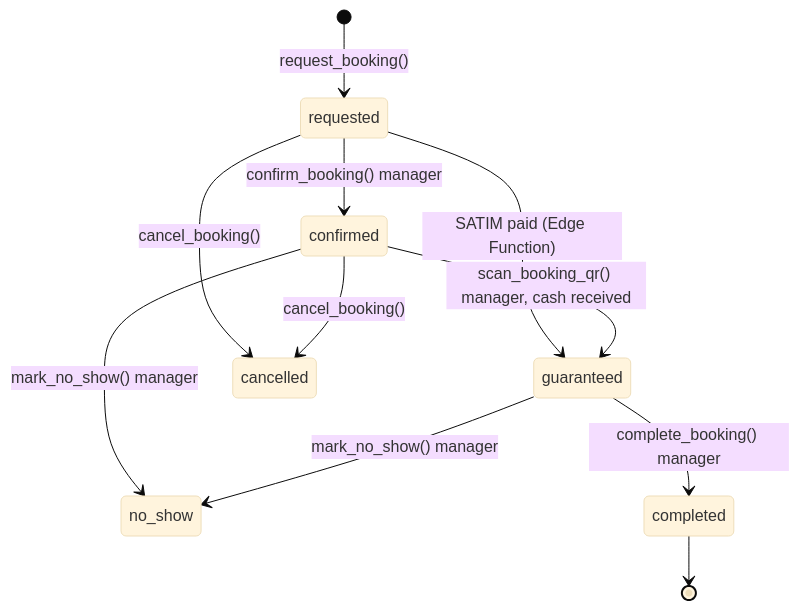
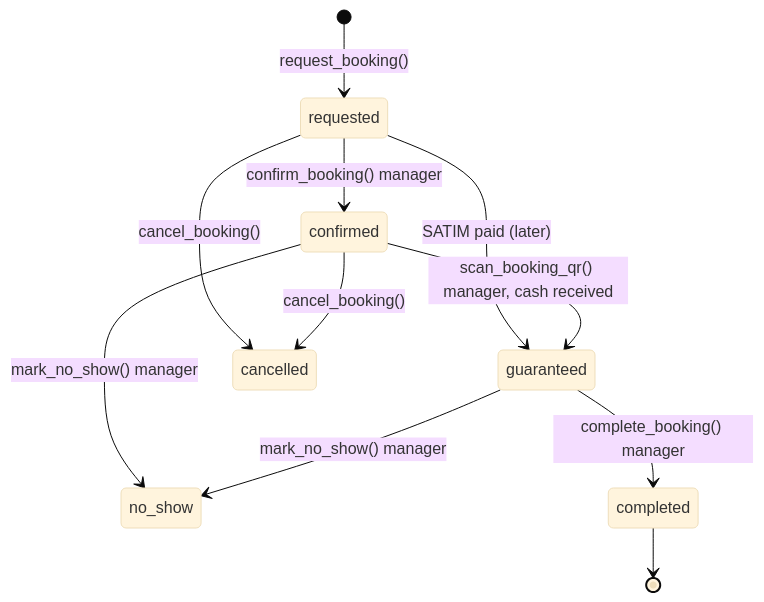
The second of 3 diagrams in docs/ARCHITECTURE.md (shwailbmg-cyber/matchiko), drawn with Mermaid (base theme) before and after one commit. The commit also changed other lines of this file and 40 other files, not shown here.

````diff
--- a/docs/ARCHITECTURE.md
+++ b/docs/ARCHITECTURE.md
@@ -78,13 +80,13 @@
 ```mermaid
 stateDiagram-v2
     [*] --> requested: request_booking()
     requested --> confirmed: confirm_booking() manager
-    requested --> guaranteed: SATIM paid (Edge Function)
+    requested --> guaranteed: SATIM paid (later)
     confirmed --> guaranteed: scan_booking_qr() manager, cash received
     requested --> cancelled: cancel_booking()
     confirmed --> cancelled: cancel_booking()
     confirmed --> no_show: mark_no_show() manager
     guaranteed --> no_show: mark_no_show() manager
     guaranteed --> completed: complete_booking() manager
     completed --> [*]
 ```
````
